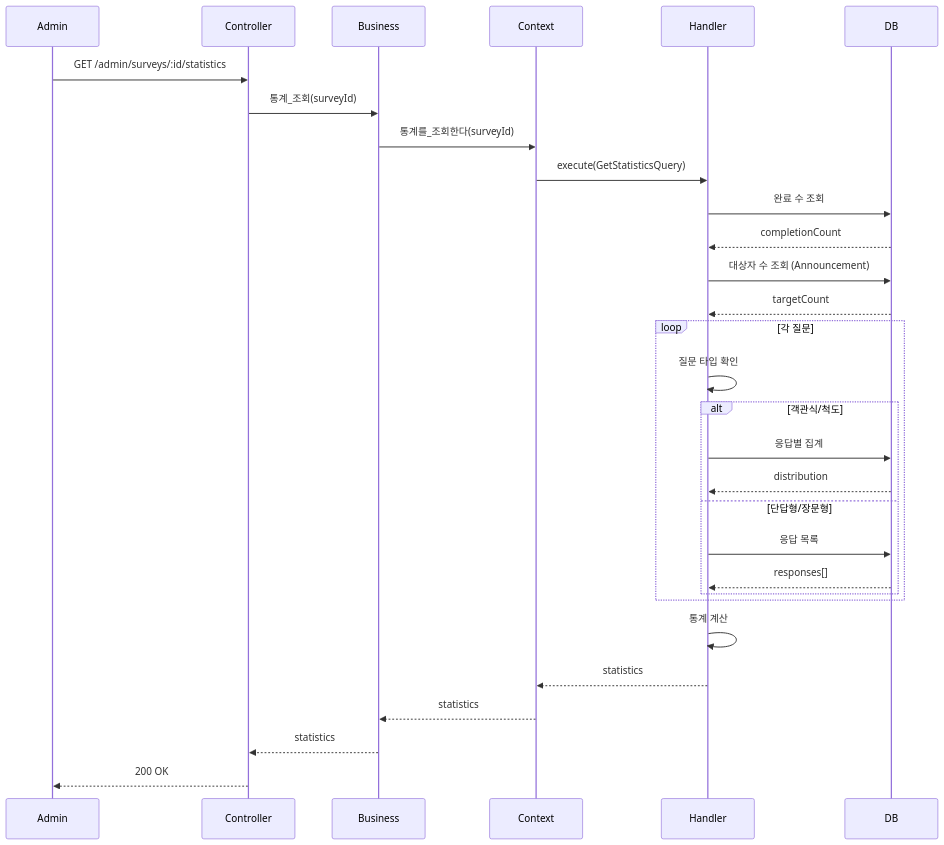
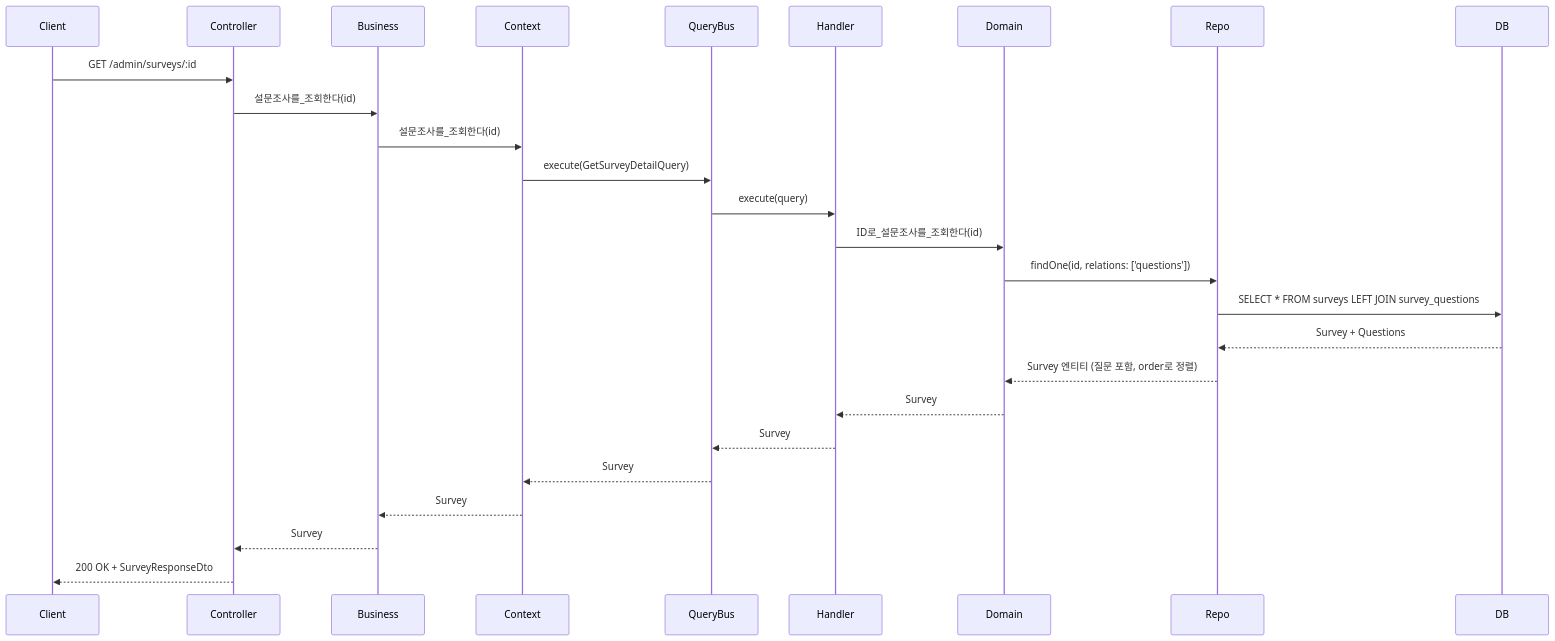
One commit to GTD-web/Back_ContentsManagementSystem changed the sixth of 8 diagrams in docs/state-flow/context-flows/survey-context-flow.md. Above: the diagram before and after it, drawn with Mermaid. The commit also changed other lines of this file and 37 other files, not shown here.

````diff
--- a/docs/state-flow/context-flows/survey-context-flow.md
+++ b/docs/state-flow/context-flows/survey-context-flow.md
@@ -584,39 +553,31 @@
 ```mermaid
 sequenceDiagram
-    participant Admin
+    participant Client
     participant Controller
     participant Business
     participant Context
+    participant QueryBus
     participant Handler
+    participant Domain
+    participant Repo
     participant DB
 
-    Admin->>Controller: GET /admin/surveys/:id/statistics
-    Controller->>Business: 통계_조회(surveyId)
-    Business->>Context: 통계를_조회한다(surveyId)
-    Context->>Handler: execute(GetStatisticsQuery)
+    Client->>Controller: GET /admin/surveys/:id
+    Controller->>Business: 설문조사를_조회한다(id)
+    Business->>Context: 설문조사를_조회한다(id)
+    Context->>QueryBus: execute(GetSurveyDetailQuery)
+    QueryBus->>Handler: execute(query)
     
-    Handler->>DB: 완료 수 조회
-    DB-->>Handler: completionCount
+    Handler->>Domain: ID로_설문조사를_조회한다(id)
+    Domain->>Repo: findOne(id, relations: ['questions'])
+    Repo->>DB: SELECT * FROM surveys LEFT JOIN survey_questions
+    DB-->>Repo: Survey + Questions
+    Repo-->>Domain: Survey 엔티티 (질문 포함, order로 정렬)
     
-    Handler->>DB: 대상자 수 조회 (Announcement)
-    DB-->>Handler: targetCount
-    
-    loop 각 질문
-        Handler->>Handler: 질문 타입 확인
-        
-        alt 객관식/척도
-            Handler->>DB: 응답별 집계
-            DB-->>Handler: distribution
-        else 단답형/장문형
-            Handler->>DB: 응답 목록
-            DB-->>Handler: responses[]
-        end
-    end
-    
-    Handler->>Handler: 통계 계산
-    
-    Handler-->>Context: statistics
-    Context-->>Business: statistics
-    Business-->>Controller: statistics
-    Controller-->>Admin: 200 OK
+    Domain-->>Handler: Survey
+    Handler-->>QueryBus: Survey
+    QueryBus-->>Context: Survey
+    Context-->>Business: Survey
+    Business-->>Controller: Survey
+    Controller-->>Client: 200 OK + SurveyResponseDto
 ```
````
